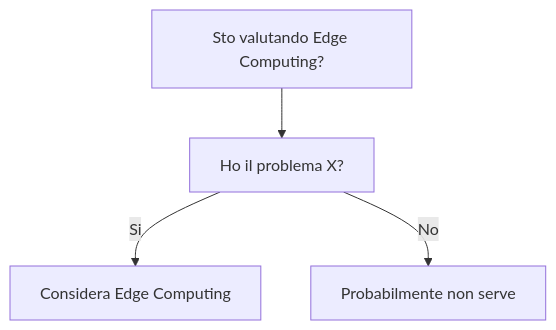
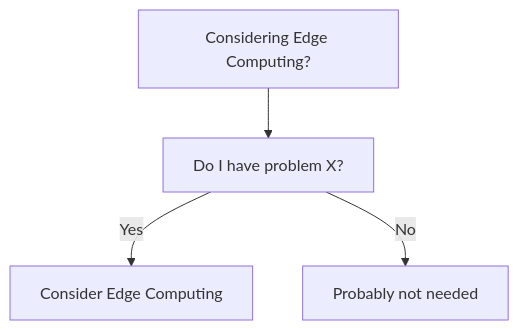
One commit to HxT9/Software-Dev-Wiki changed the diagram in dev-wiki/21_Cloud_Native/Edge_Computing/When_To_Use.md. Above: the diagram before and after it, drawn with Mermaid. The commit also changed other lines of this file and 3444 other files, not shown here.

````diff
--- a/dev-wiki/21_Cloud_Native/Edge_Computing/When_To_Use.md
+++ b/dev-wiki/21_Cloud_Native/Edge_Computing/When_To_Use.md
@@ -19,6 +19,6 @@
 ```mermaid
 flowchart TD
-  Q[Sto valutando Edge Computing?] --> Q1[Ho il problema X?]
-  Q1 -->|Si| OK[Considera Edge Computing]
-  Q1 -->|No| NO[Probabilmente non serve]
+  Q[Considering Edge Computing?] --> Q1[Do I have problem X?]
+  Q1 -->|Yes| OK[Consider Edge Computing]
+  Q1 -->|No| NO[Probably not needed]
 ```
````
